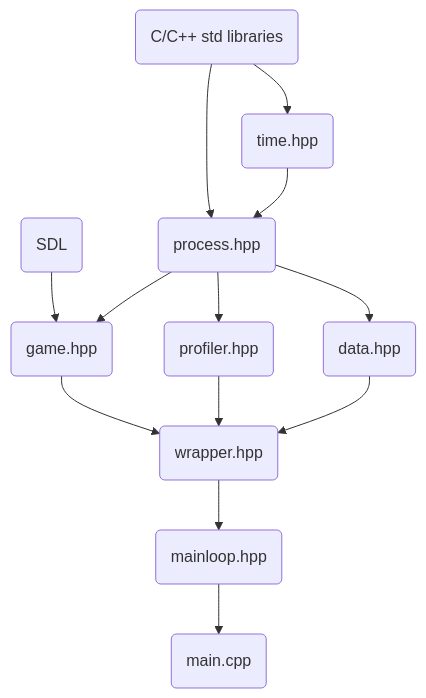
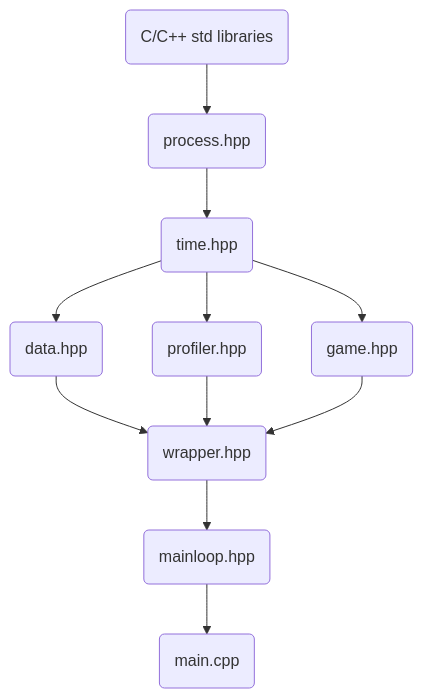
Before and after one commit to sibjor/ParkourRunner: the diagram in README.md, drawn with Mermaid. The commit also changed 5 other files, not shown here.

````diff
--- a/README.md
+++ b/README.md
@@ -11,13 +11,11 @@
 ```mermaid
 flowchart TD
     A(C/C++ std libraries) --> B(process.hpp)
-    C(SDL) --> E
-    B --> E(game.hpp) -->I(wrapper.hpp)
-    B --> G(profiler.hpp) -->I
-    B --> H(data.hpp) --> I
-    J(time.hpp) --> B
-    A --> J
-    I --> K(mainloop.hpp)
-    K --> L(main.cpp)
-
+    B --> C(time.hpp)
+    C --> D(data.hpp) --> G(wrapper.hpp)
+    C --> E(profiler.hpp) --> G
+    C --> F(game.hpp) --> G
+    G --> H(mainloop.hpp)
+    H --> I(main.cpp)
+    
 ```
````
